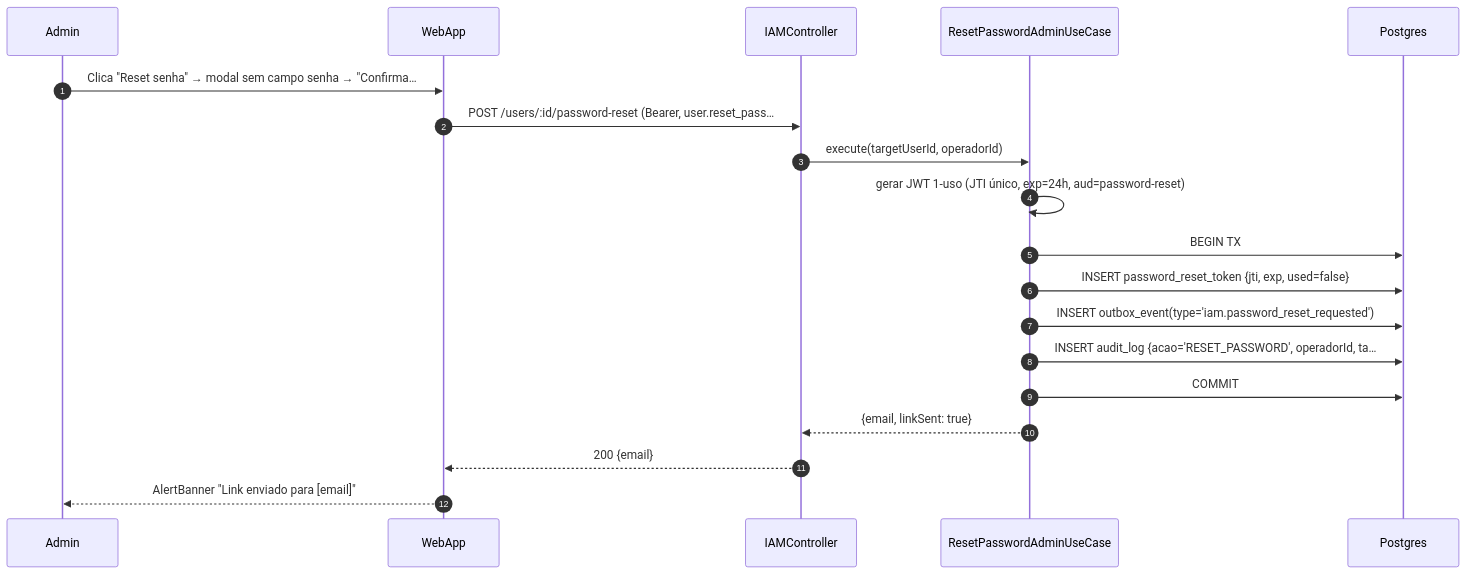
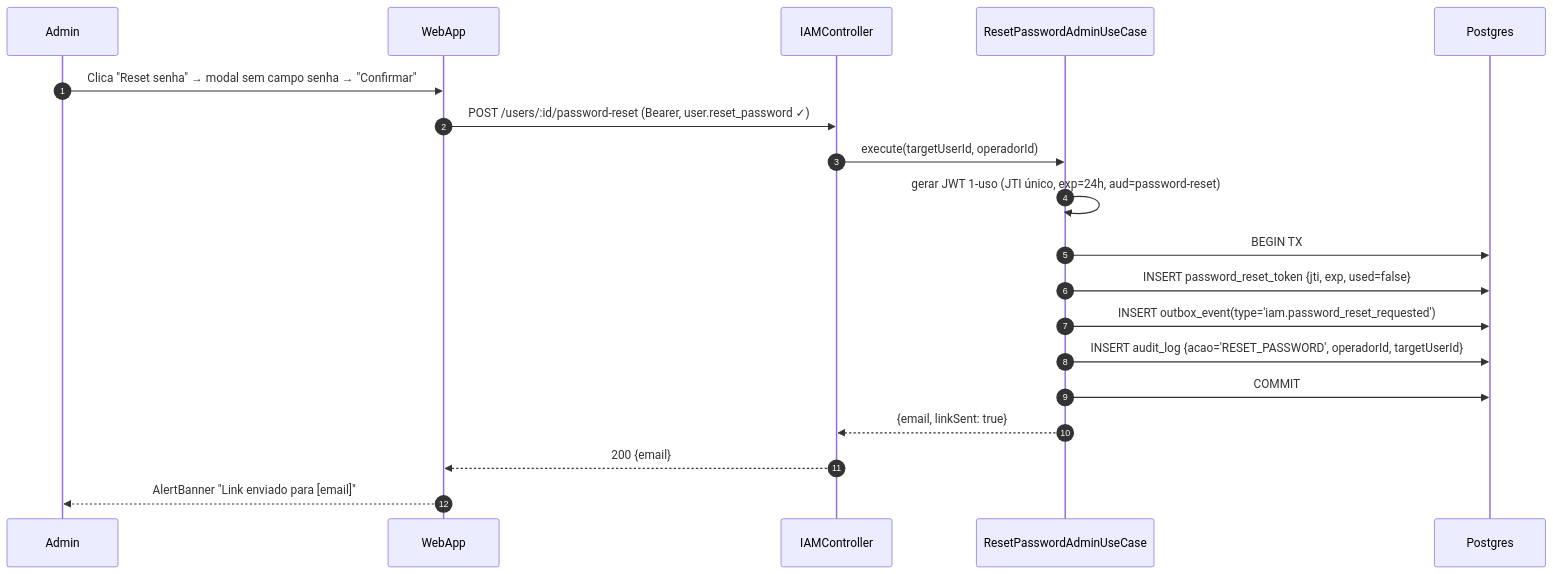
The fourth of 5 diagrams in foundationDocs/sequenceDiagrams/F7 — Admin/US-F7-001-IAM-USUARIOS.md (umishell/secretariaOnline2), drawn with Mermaid before and after one commit. The commit also changed other lines of this file and 70 other files, not shown here.

First line of the commit message:
Enhance database documentation and introduce new schema files

````diff
--- a/foundationDocs/sequenceDiagrams/F7 — Admin/US-F7-001-IAM-USUARIOS.md
+++ b/foundationDocs/sequenceDiagrams/F7 — Admin/US-F7-001-IAM-USUARIOS.md
@@ -170,22 +170,22 @@
 ```mermaid
 sequenceDiagram
     autonumber
     participant Admin
     participant WebApp
     participant IAMController
     participant ResetPasswordUC as ResetPasswordAdminUseCase
     participant Postgres
 
-    Admin->>WebApp: Clica "Reset senha" → modal sem campo senha → "Confirma…
-    WebApp->>IAMController: POST /users/:id/password-reset (Bearer, user.reset_pass…
+    Admin->>WebApp: Clica "Reset senha" → modal sem campo senha → "Confirmar"
+    WebApp->>IAMController: POST /users/:id/password-reset (Bearer, user.reset_password ✓)
     IAMController->>ResetPasswordUC: execute(targetUserId, operadorId)
     ResetPasswordUC->>ResetPasswordUC: gerar JWT 1-uso (JTI único, exp=24h, aud=password-reset)
     ResetPasswordUC->>Postgres: BEGIN TX
     ResetPasswordUC->>Postgres: INSERT password_reset_token {jti, exp, used=false}
     ResetPasswordUC->>Postgres: INSERT outbox_event(type='iam.password_reset_requested')
-    ResetPasswordUC->>Postgres: INSERT audit_log {acao='RESET_PASSWORD', operadorId, ta…
+    ResetPasswordUC->>Postgres: INSERT audit_log {acao='RESET_PASSWORD', operadorId, targetUserId}
     ResetPasswordUC->>Postgres: COMMIT
     ResetPasswordUC-->>IAMController: {email, linkSent: true}
     IAMController-->>WebApp: 200 {email}
     WebApp-->>Admin: AlertBanner "Link enviado para [email]"
 ```
````
